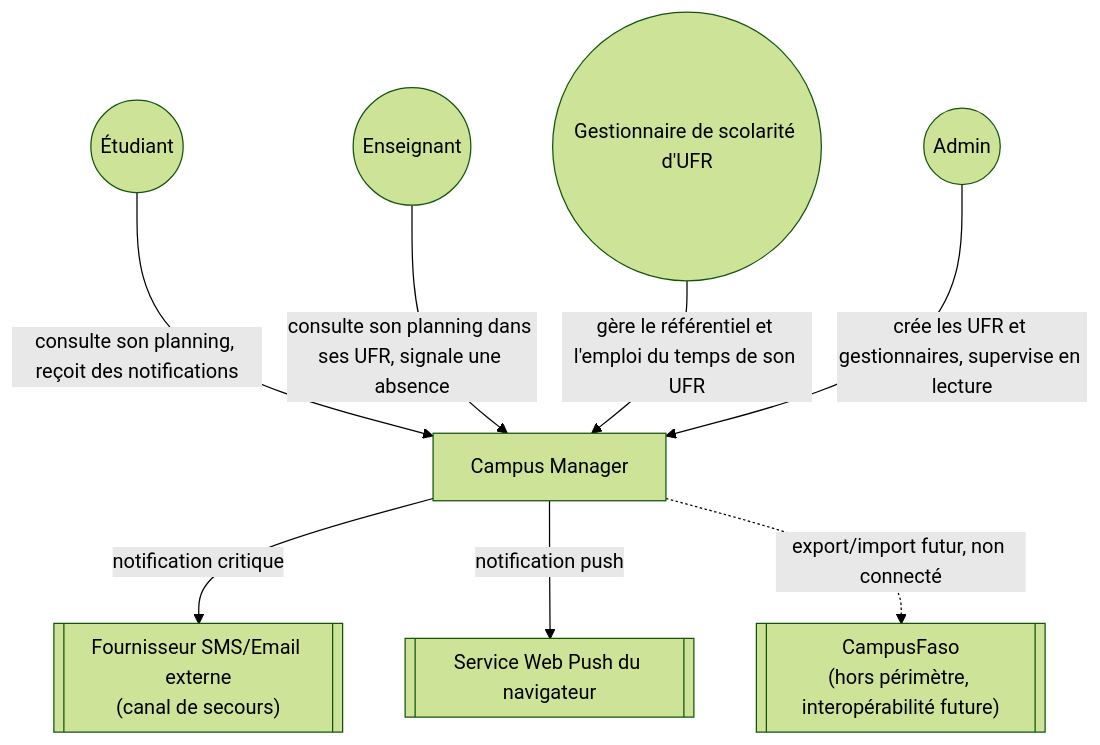
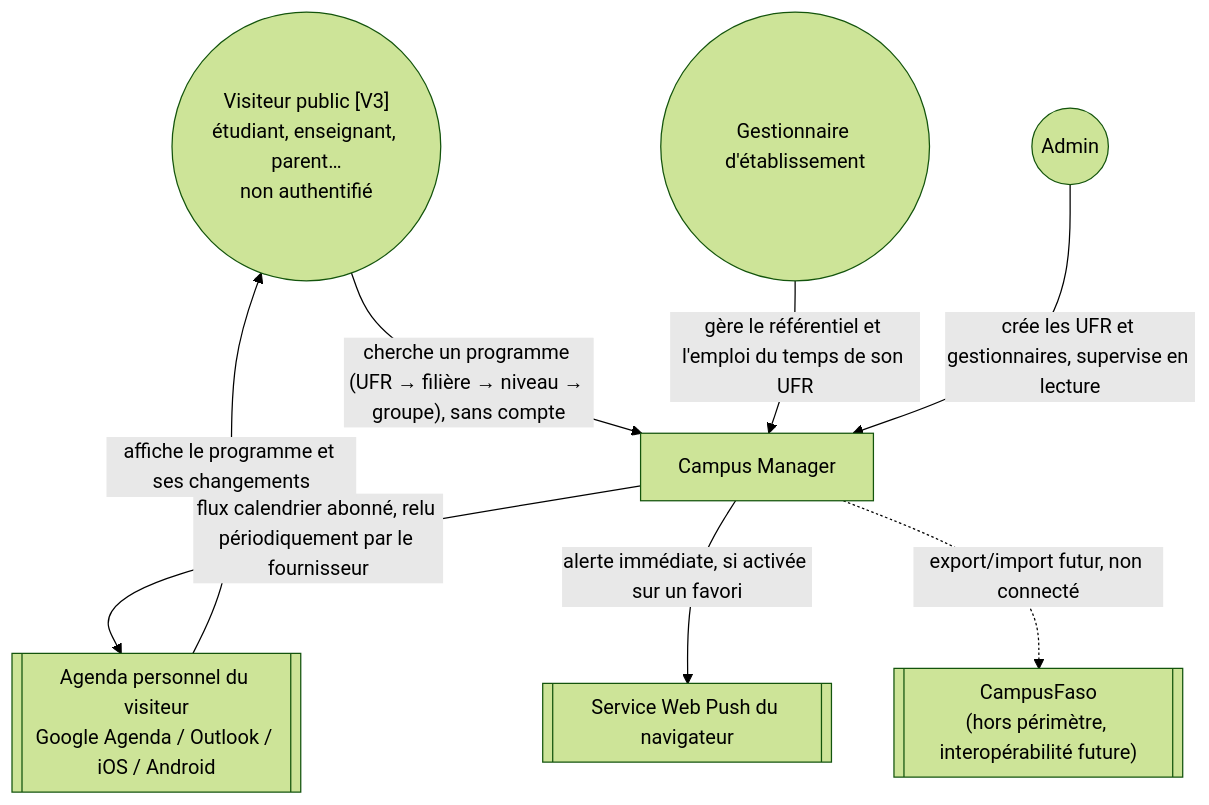
The first of 7 diagrams in docs/05_UML_C4_Campus_Manager.md (Kevin23phx/Gestionnaire_emploi_de_temps), drawn with Mermaid (forest theme) before and after one commit. The commit also changed other lines of this file and 59 other files, not shown here.

````diff
--- a/docs/05_UML_C4_Campus_Manager.md
+++ b/docs/05_UML_C4_Campus_Manager.md
@@ -12,19 +18,18 @@
 ```mermaid
 graph TB
-    Etudiant((Étudiant))
-    Enseignant((Enseignant))
-    Scolarite((Gestionnaire de scolarité d'UFR))
+    Visiteur(("Visiteur public [V3]<br/>étudiant, enseignant, parent…<br/>non authentifié"))
+    Scolarite((Gestionnaire d'établissement))
     Admin((Admin))
     CM[Campus Manager]
-    SMS[["Fournisseur SMS/Email externe<br/>(canal de secours)"]]
+    Agenda[["Agenda personnel du visiteur<br/>Google Agenda / Outlook / iOS / Android"]]
     Push[["Service Web Push du navigateur"]]
     CF[["CampusFaso<br/>(hors périmètre, interopérabilité future)"]]
 
-    Etudiant -->|consulte son planning, reçoit des notifications| CM
-    Enseignant -->|consulte son planning dans ses UFR, signale une absence| CM
+    Visiteur -->|"cherche un programme (UFR → filière → niveau → groupe), sans compte"| CM
     Scolarite -->|gère le référentiel et l'emploi du temps de son UFR| CM
     Admin -->|crée les UFR et gestionnaires, supervise en lecture| CM
-    CM -->|notification critique| SMS
-    CM -->|notification push| Push
+    CM -->|"flux calendrier abonné, relu périodiquement par le fournisseur"| Agenda
+    Agenda -->|affiche le programme et ses changements| Visiteur
+    CM -->|"alerte immédiate, si activée sur un favori"| Push
     CM -.->|export/import futur, non connecté| CF
 ```
````
